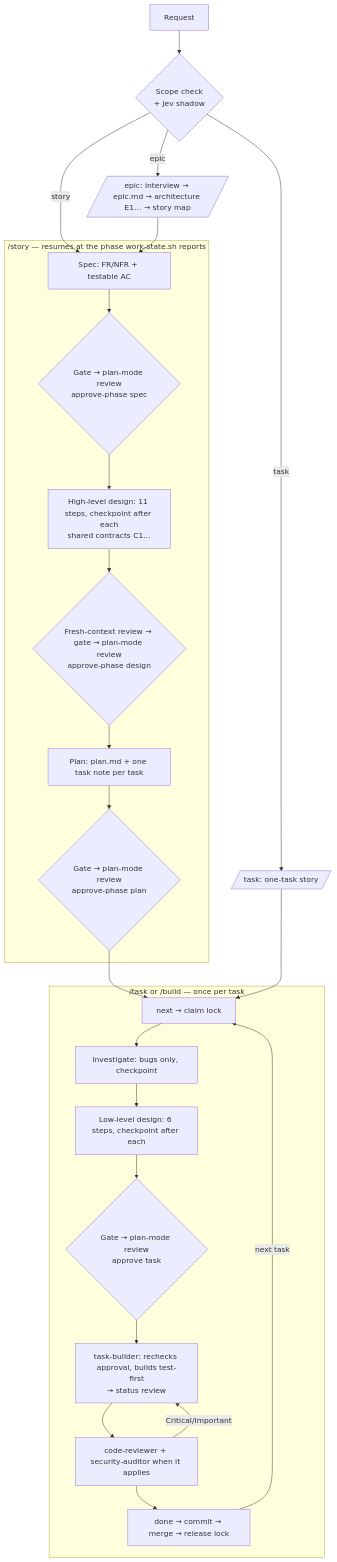
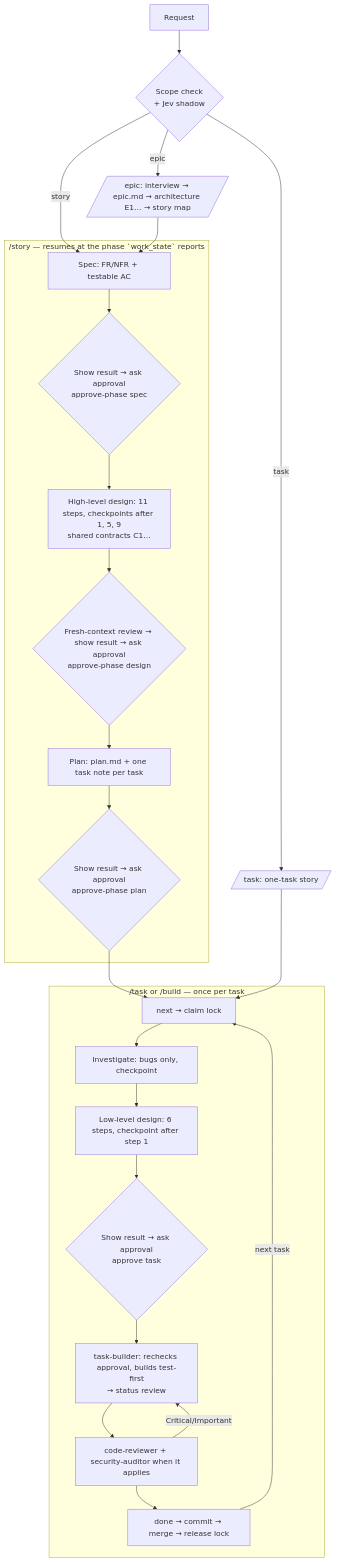
One commit to tung-dnt/agent-skills changed the diagram in README.md. Above: the diagram before and after it, drawn with Mermaid. The commit also changed other lines of this file and 69 other files, not shown here.

Commit message:
feat: work_state omp tool replaces work-state.sh; fewer, batched checkpoints; slice gates; HLD/LLD aligned with design articles

````diff
--- a/README.md
+++ b/README.md
@@ -65,27 +65,27 @@
 ```mermaid
 flowchart TD
     R[Request] --> SC{Scope check<br/>+ Jev shadow}
     SC -->|epic| E[/epic: interview → epic.md → architecture E1… → story map/]
     SC -->|story| S1
     SC -->|task| T0[/task: one-task story/]
     E --> S1
-    subgraph Story ["/story — resumes at the phase work-state.sh reports"]
-      S1[Spec: FR/NFR + testable AC] --> G1{Gate → plan-mode review<br/>approve-phase spec}
-      G1 --> S2[High-level design: 11 steps, checkpoint after each<br/>shared contracts C1…]
-      S2 --> G2{Fresh-context review → gate → plan-mode review<br/>approve-phase design}
+    subgraph Story ["/story — resumes at the phase `work_state` reports"]
+      S1[Spec: FR/NFR + testable AC] --> G1{Show result → ask approval<br/>approve-phase spec}
+      G1 --> S2[High-level design: 11 steps, checkpoints after 1, 5, 9<br/>shared contracts C1…]
+      S2 --> G2{Fresh-context review → show result → ask approval<br/>approve-phase design}
       G2 --> S3[Plan: plan.md + one task note per task]
-      S3 --> G3{Gate → plan-mode review<br/>approve-phase plan}
+      S3 --> G3{Show result → ask approval<br/>approve-phase plan}
     end
     G3 --> T1
     T0 --> T1
     subgraph Task ["/task or /build — once per task"]
       T1[next → claim lock] --> T2[Investigate: bugs only, checkpoint]
-      T2 --> T3[Low-level design: 6 steps, checkpoint after each]
-      T3 --> G4{Gate → plan-mode review<br/>approve task}
+      T2 --> T3[Low-level design: 6 steps, checkpoint after step 1]
+      T3 --> G4{Show result → ask approval<br/>approve task}
       G4 --> T4[task-builder: rechecks approval, builds test-first<br/>→ status review]
       T4 --> T5[code-reviewer + security-auditor when it applies]
       T5 -->|Critical/Important| T4
       T5 --> T6[done → commit → merge → release lock]
     end
     T6 -->|next task| T1
 ```
````
